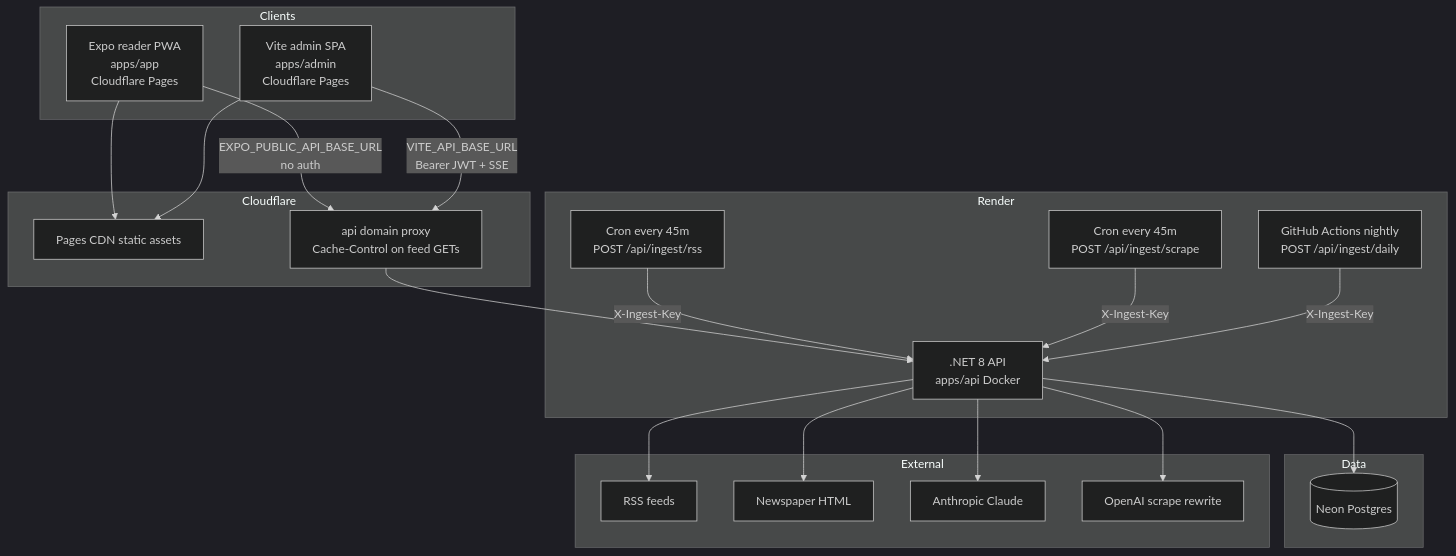
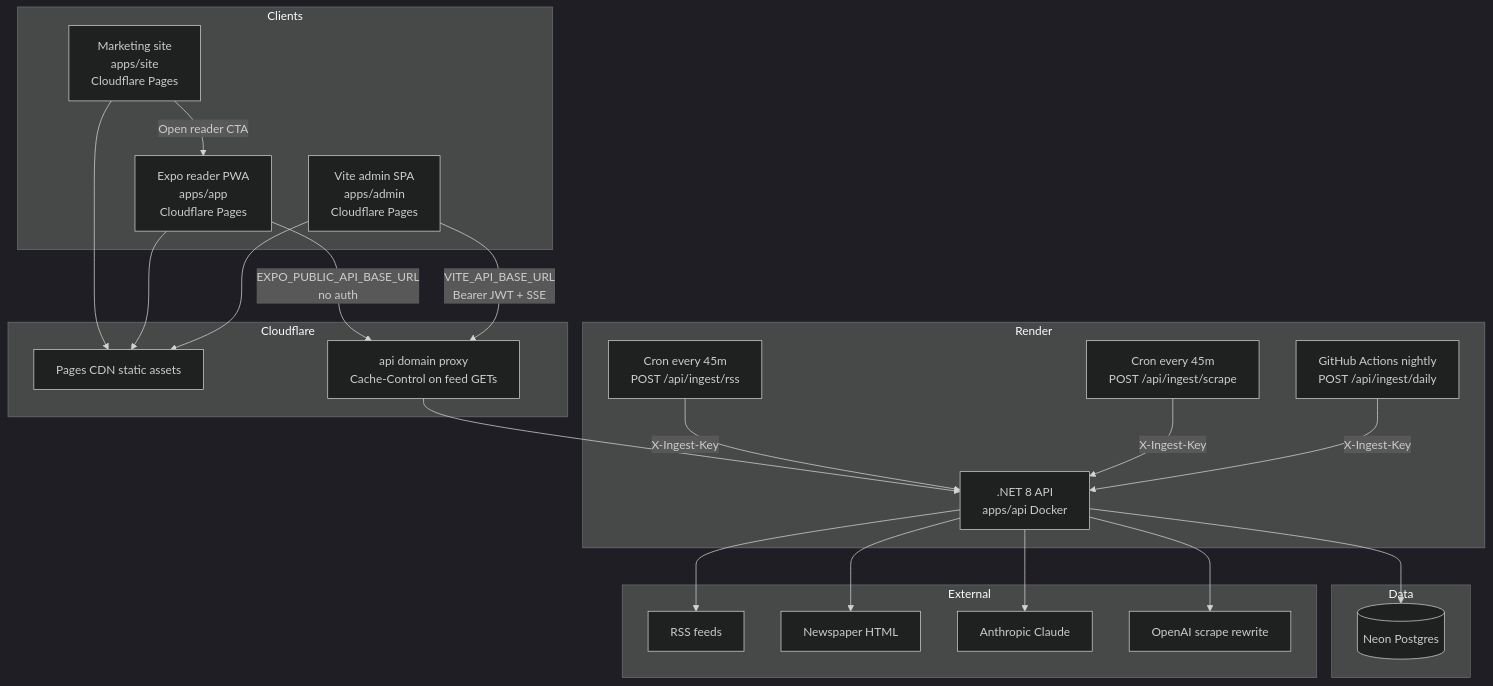
One commit to sshivanshg/TAZAkhabar changed the first of 3 diagrams in docs/architecture/00-system-overview.md. Above: the diagram before and after it, drawn with Mermaid (dark theme). The commit also changed other lines of this file and 41 other files, not shown here.

Commit message:
feat: launch standalone public marketing site

````diff
--- a/docs/architecture/00-system-overview.md
+++ b/docs/architecture/00-system-overview.md
@@ -17,44 +17,47 @@
 ```mermaid
 flowchart TB
   subgraph clients [Clients]
+    Site[Marketing site<br/>apps/site<br/>Cloudflare Pages]
     Reader[Expo reader PWA<br/>apps/app<br/>Cloudflare Pages]
     Admin[Vite admin SPA<br/>apps/admin<br/>Cloudflare Pages]
   end
 
   subgraph edge [Cloudflare]
     CDN[Pages CDN static assets]
     APICF[api domain proxy<br/>Cache-Control on feed GETs]
   end
 
   subgraph compute [Render]
     API[.NET 8 API<br/>apps/api Docker]
     CronRSS[Cron every 45m<br/>POST /api/ingest/rss]
     CronScrape[Cron every 45m<br/>POST /api/ingest/scrape]
     GHA[GitHub Actions nightly<br/>POST /api/ingest/daily]
   end
 
   subgraph data [Data]
     Neon[(Neon Postgres)]
   end
 
   subgraph external [External]
     RSS[RSS feeds]
     HTML[Newspaper HTML]
     Claude[Anthropic Claude]
     OpenAI[OpenAI scrape rewrite]
   end
 
+  Site --> CDN
   Reader --> CDN
   Admin --> CDN
+  Site -->|Open reader CTA| Reader
   Reader -->|EXPO_PUBLIC_API_BASE_URL<br/>no auth| APICF
   Admin -->|VITE_API_BASE_URL<br/>Bearer JWT + SSE| APICF
   APICF --> API
   CronRSS -->|X-Ingest-Key| API
   CronScrape -->|X-Ingest-Key| API
   GHA -->|X-Ingest-Key| API
   API --> Neon
   API --> RSS
   API --> HTML
   API --> Claude
   API --> OpenAI
 ```
````
